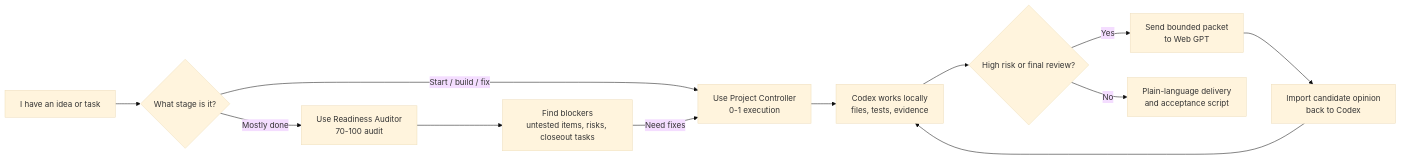
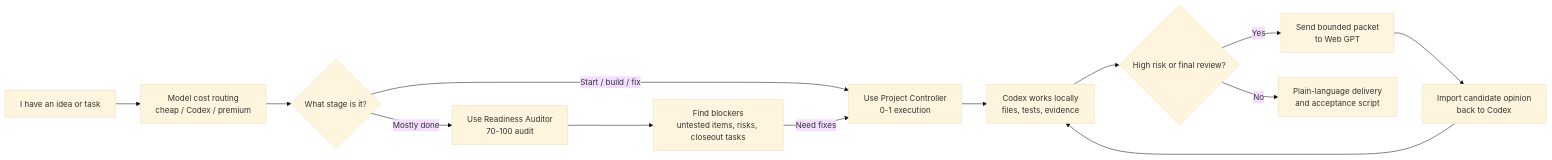
One commit to schmidtkaylan39-cpu/codex-for-humans changed the diagram in README.md. Above: the diagram before and after it, drawn with Mermaid (base theme). The commit also changed other lines of this file and 17 other files, not shown here.

Commit message:
Add model cost routing guidance

````diff
--- a/README.md
+++ b/README.md
@@ -20,14 +21,15 @@
 ```mermaid
 flowchart LR
-    A["I have an idea or task"] --> B{"What stage is it?"}
+    A["I have an idea or task"] --> K["Model cost routing<br/>cheap / Codex / premium"]
+    K --> B{"What stage is it?"}
     B -->|Start / build / fix| C["Use Project Controller<br/>0-1 execution"]
     B -->|Mostly done| D["Use Readiness Auditor<br/>70-100 audit"]
     C --> E["Codex works locally<br/>files, tests, evidence"]
     D --> F["Find blockers<br/>untested items, risks, closeout tasks"]
     F -->|Need fixes| C
     E --> G{"High risk or final review?"}
     G -->|Yes| H["Send bounded packet<br/>to Web GPT"]
     H --> I["Import candidate opinion<br/>back to Codex"]
     I --> E
     G -->|No| J["Plain-language delivery<br/>and acceptance script"]
 ```
````
